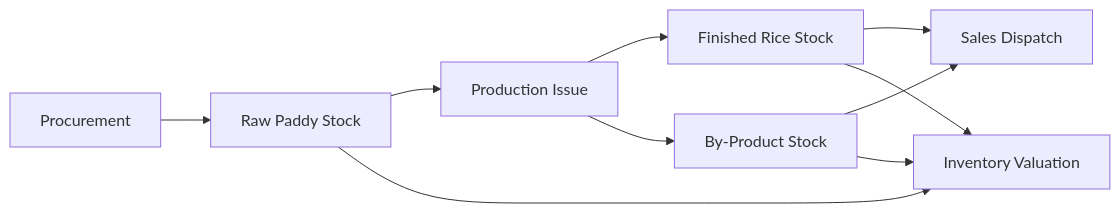
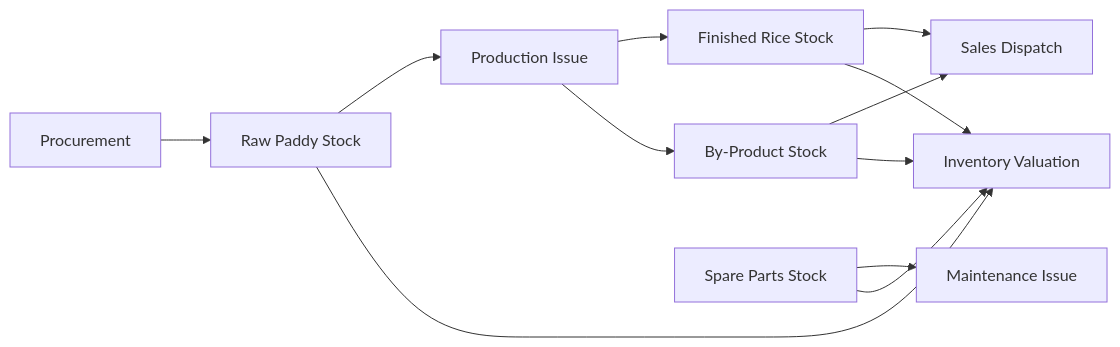
One commit to habibur-rahman-swe/rice-mill-erp changed the diagram in modules/inventory/README.md. Above: the diagram before and after it, drawn with Mermaid. The commit also changed other lines of this file and 11 other files, not shown here.

````diff
--- a/modules/inventory/README.md
+++ b/modules/inventory/README.md
@@ -15,12 +16,14 @@
 ```mermaid
 flowchart LR
     PROC[Procurement] --> RAW[Raw Paddy Stock]
     RAW --> PROD[Production Issue]
     PROD --> FG[Finished Rice Stock]
     PROD --> BYP[By-Product Stock]
     FG --> SALES[Sales Dispatch]
     BYP --> SALES
+    SPARE[Spare Parts Stock] --> MAINT[Maintenance Issue]
     RAW --> FIN[Inventory Valuation]
     FG --> FIN
     BYP --> FIN
+    SPARE --> FIN
 ```
````
